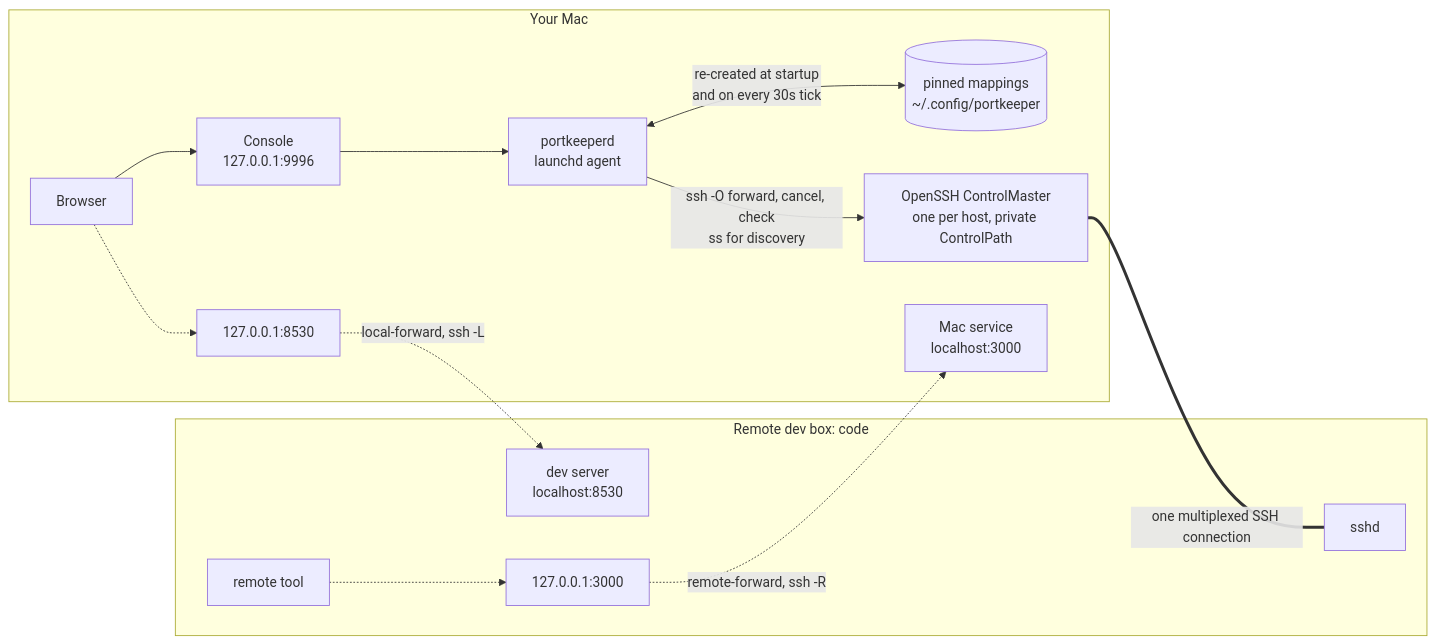
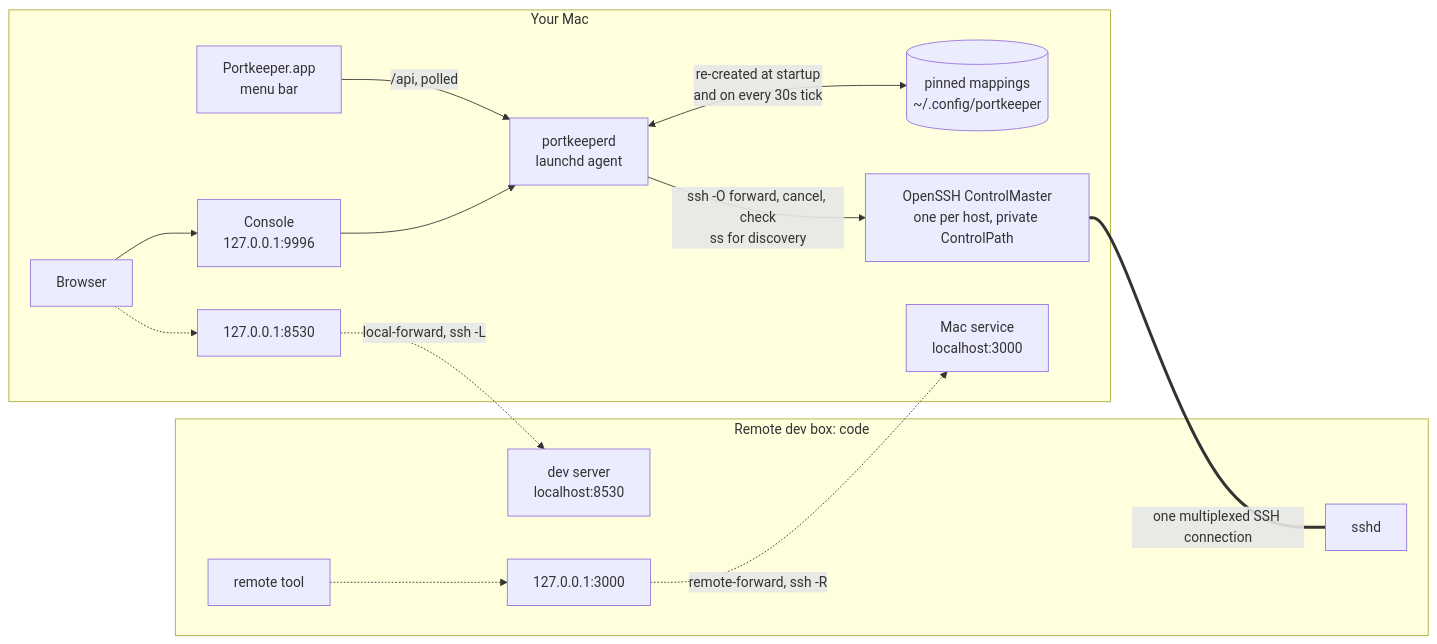
One commit to johnlofty/portkeeper changed the diagram in README.md. Above: the diagram before and after it, drawn with Mermaid. The commit also changed other lines of this file, not shown here.

````diff
--- a/README.md
+++ b/README.md
@@ -20,29 +22,31 @@
 ```mermaid
 flowchart LR
     subgraph mac["Your Mac"]
         browser["Browser"]
+        app["Portkeeper.app<br/>menu bar"]
         console["Console<br/>127.0.0.1:9996"]
         daemon["portkeeperd<br/>launchd agent"]
         pins[("pinned mappings<br/>~/.config/portkeeper")]
         master["OpenSSH ControlMaster<br/>one per host, private ControlPath"]
         macport["127.0.0.1:8530"]
         macsvc["Mac service<br/>localhost:3000"]
     end
 
     subgraph code["Remote dev box: code"]
         sshd["sshd"]
         dev["dev server<br/>localhost:8530"]
         remoteport["127.0.0.1:3000"]
         tool["remote tool"]
     end
 
     browser --> console --> daemon
+    app -->|"/api, polled"| daemon
     daemon -->|"ssh -O forward, cancel, check<br/>ss for discovery"| master
     daemon <-->|"re-created at startup<br/>and on every 30s tick"| pins
     master ===|"one multiplexed SSH connection"| sshd
 
     browser -.-> macport
     macport -.->|"local-forward, ssh -L"| dev
     tool -.-> remoteport
     remoteport -.->|"remote-forward, ssh -R"| macsvc
 ```
````
